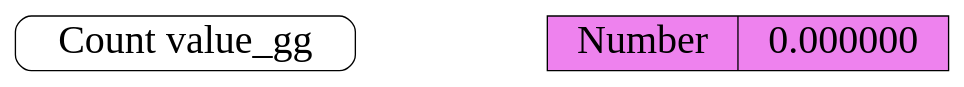
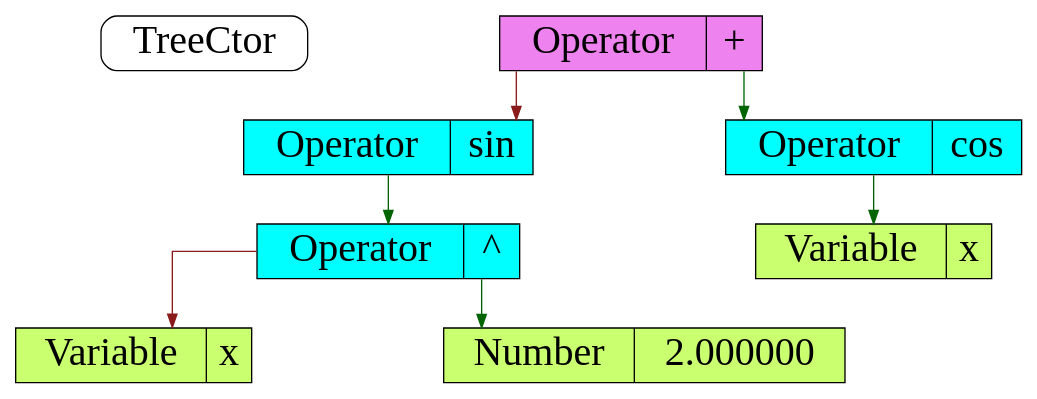
The diagram in dump_dot.dot (lednikita0481/Differenciator), drawn with Graphviz before and after one commit. The commit also changed 24 other files, not shown here.

```diff
--- a/dump_dot.dot
+++ b/dump_dot.dot
@@ -1,8 +1,38 @@
 digraph{
 nodesep = 2;
 splines = "ortho";
 node [ shape=record, style = rounded, fontsize = 30];
-cell_func [label = "Count value_gg"]cell_229 [label = "Number|0.000000"
+cell_func [label = "TreeCtor"]cell_6 [label = "Operator|+"
  style = filled
  fillcolor = violet ]
+cell_0 [label = "Operator|sin"
+ style = filled
+ fillcolor = cyan1 
+]
+cell_6->cell_0[color = firebrick4]
+cell_3 [label = "Operator|^"
+ style = filled
+ fillcolor = cyan1 
+]
+cell_0->cell_3[color = darkgreen]
+cell_1 [label = "Variable|x"
+ style = filled
+ fillcolor = darkolivegreen1 
+]
+cell_3->cell_1[color = firebrick4]
+cell_2 [label = "Number|2.000000"
+ style = filled
+ fillcolor = darkolivegreen1 
+]
+cell_3->cell_2[color = darkgreen]
+cell_4 [label = "Operator|cos"
+ style = filled
+ fillcolor = cyan1 
+]
+cell_6->cell_4[color = darkgreen]
+cell_5 [label = "Variable|x"
+ style = filled
+ fillcolor = darkolivegreen1 
+]
+cell_4->cell_5[color = darkgreen]
 }
```
